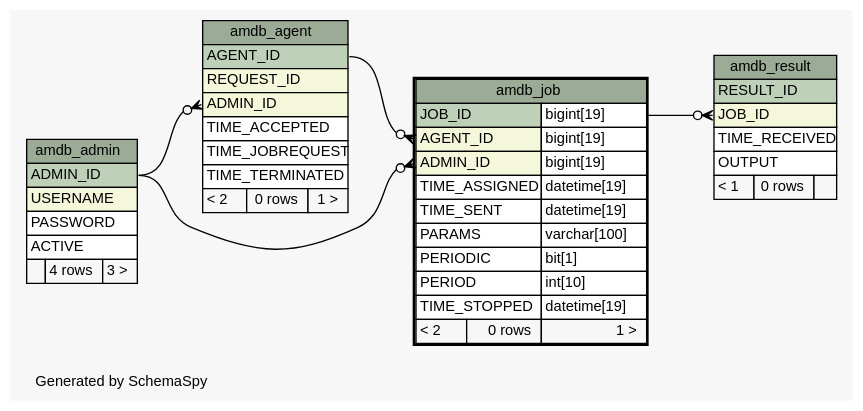
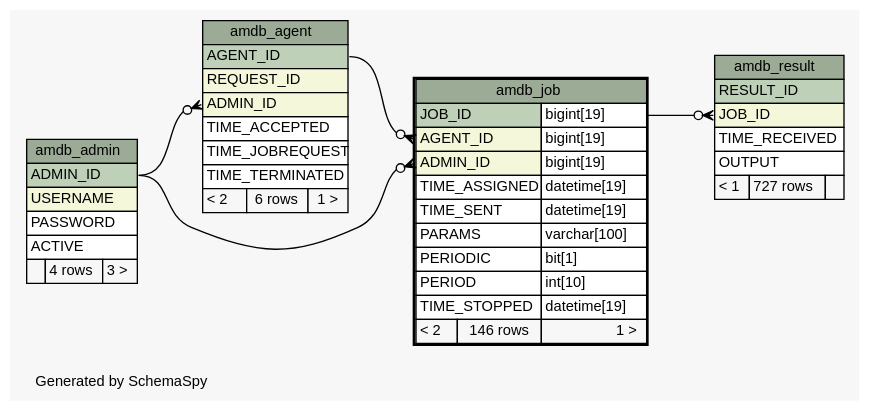
One commit to yannikab/k23b_ac changed the diagram in am/doc/schemaspy/diagrams/amdb_job.1degree.dot. Above: the diagram before and after it, drawn with Graphviz. The commit also changed 46 other files, not shown here.

Commit message:
Database schema changes for Aggregator Manager.

```diff
--- a/am/doc/schemaspy/diagrams/amdb_job.1degree.dot
+++ b/am/doc/schemaspy/diagrams/amdb_job.1degree.dot
@@ -1,85 +1,85 @@
 // dot 2.38.0 on Linux 4.0.5-gentoo
 // SchemaSpy rev 590
 digraph "oneDegreeRelationshipsDiagram" {
   graph [
     rankdir="RL"
     bgcolor="#f7f7f7"
     label="\nGenerated by SchemaSpy"
     labeljust="l"
     nodesep="0.18"
     ranksep="0.46"
     fontname="Helvetica"
     fontsize="11"
   ];
   node [
     fontname="Helvetica"
     fontsize="11"
     shape="plaintext"
   ];
   edge [
     arrowsize="0.8"
   ];
   "amdb_agent":"ADMIN_ID":w -> "amdb_admin":"ADMIN_ID":e [arrowhead=none dir=back arrowtail=crowodot];
   "amdb_job":"ADMIN_ID":w -> "amdb_admin":"ADMIN_ID":e [arrowhead=none dir=back arrowtail=crowodot];
   "amdb_job":"AGENT_ID":w -> "amdb_agent":"AGENT_ID":e [arrowhead=none dir=back arrowtail=crowodot];
   "amdb_result":"JOB_ID":w -> "amdb_job":"JOB_ID.type":e [arrowhead=none dir=back arrowtail=crowodot];
   "amdb_admin" [
     label=<
     <TABLE BORDER="0" CELLBORDER="1" CELLSPACING="0" BGCOLOR="#ffffff">
       <TR><TD COLSPAN="3" BGCOLOR="#9bab96" ALIGN="CENTER">amdb_admin</TD></TR>
       <TR><TD PORT="ADMIN_ID" COLSPAN="3" BGCOLOR="#bed1b8" ALIGN="LEFT">ADMIN_ID</TD></TR>
       <TR><TD PORT="USERNAME" COLSPAN="3" BGCOLOR="#f4f7da" ALIGN="LEFT">USERNAME</TD></TR>
       <TR><TD PORT="PASSWORD" COLSPAN="3" ALIGN="LEFT">PASSWORD</TD></TR>
       <TR><TD PORT="ACTIVE" COLSPAN="3" ALIGN="LEFT">ACTIVE</TD></TR>
       <TR><TD ALIGN="LEFT" BGCOLOR="#f7f7f7">  </TD><TD ALIGN="RIGHT" BGCOLOR="#f7f7f7">4 rows</TD><TD ALIGN="RIGHT" BGCOLOR="#f7f7f7">3 &gt;</TD></TR>
     </TABLE>>
     URL="amdb_admin.html"
     tooltip="amdb_admin"
   ];
   "amdb_agent" [
     label=<
     <TABLE BORDER="0" CELLBORDER="1" CELLSPACING="0" BGCOLOR="#ffffff">
       <TR><TD COLSPAN="3" BGCOLOR="#9bab96" ALIGN="CENTER">amdb_agent</TD></TR>
       <TR><TD PORT="AGENT_ID" COLSPAN="3" BGCOLOR="#bed1b8" ALIGN="LEFT">AGENT_ID</TD></TR>
       <TR><TD PORT="REQUEST_ID" COLSPAN="3" BGCOLOR="#f4f7da" ALIGN="LEFT">REQUEST_ID</TD></TR>
       <TR><TD PORT="ADMIN_ID" COLSPAN="3" BGCOLOR="#f4f7da" ALIGN="LEFT">ADMIN_ID</TD></TR>
       <TR><TD PORT="TIME_ACCEPTED" COLSPAN="3" ALIGN="LEFT">TIME_ACCEPTED</TD></TR>
       <TR><TD PORT="TIME_JOBREQUEST" COLSPAN="3" ALIGN="LEFT">TIME_JOBREQUEST</TD></TR>
       <TR><TD PORT="TIME_TERMINATED" COLSPAN="3" ALIGN="LEFT">TIME_TERMINATED</TD></TR>
-      <TR><TD ALIGN="LEFT" BGCOLOR="#f7f7f7">&lt; 2</TD><TD ALIGN="RIGHT" BGCOLOR="#f7f7f7">0 rows</TD><TD ALIGN="RIGHT" BGCOLOR="#f7f7f7">1 &gt;</TD></TR>
+      <TR><TD ALIGN="LEFT" BGCOLOR="#f7f7f7">&lt; 2</TD><TD ALIGN="RIGHT" BGCOLOR="#f7f7f7">6 rows</TD><TD ALIGN="RIGHT" BGCOLOR="#f7f7f7">1 &gt;</TD></TR>
     </TABLE>>
     URL="amdb_agent.html"
     tooltip="amdb_agent"
   ];
   "amdb_job" [
     label=<
     <TABLE BORDER="2" CELLBORDER="1" CELLSPACING="0" BGCOLOR="#ffffff">
       <TR><TD COLSPAN="3" BGCOLOR="#9bab96" ALIGN="CENTER">amdb_job</TD></TR>
       <TR><TD PORT="JOB_ID" COLSPAN="2" BGCOLOR="#bed1b8" ALIGN="LEFT">JOB_ID</TD><TD PORT="JOB_ID.type" ALIGN="LEFT">bigint[19]</TD></TR>
       <TR><TD PORT="AGENT_ID" COLSPAN="2" BGCOLOR="#f4f7da" ALIGN="LEFT">AGENT_ID</TD><TD PORT="AGENT_ID.type" ALIGN="LEFT">bigint[19]</TD></TR>
       <TR><TD PORT="ADMIN_ID" COLSPAN="2" BGCOLOR="#f4f7da" ALIGN="LEFT">ADMIN_ID</TD><TD PORT="ADMIN_ID.type" ALIGN="LEFT">bigint[19]</TD></TR>
       <TR><TD PORT="TIME_ASSIGNED" COLSPAN="2" ALIGN="LEFT">TIME_ASSIGNED</TD><TD PORT="TIME_ASSIGNED.type" ALIGN="LEFT">datetime[19]</TD></TR>
       <TR><TD PORT="TIME_SENT" COLSPAN="2" ALIGN="LEFT">TIME_SENT</TD><TD PORT="TIME_SENT.type" ALIGN="LEFT">datetime[19]</TD></TR>
       <TR><TD PORT="PARAMS" COLSPAN="2" ALIGN="LEFT">PARAMS</TD><TD PORT="PARAMS.type" ALIGN="LEFT">varchar[100]</TD></TR>
       <TR><TD PORT="PERIODIC" COLSPAN="2" ALIGN="LEFT">PERIODIC</TD><TD PORT="PERIODIC.type" ALIGN="LEFT">bit[1]</TD></TR>
       <TR><TD PORT="PERIOD" COLSPAN="2" ALIGN="LEFT">PERIOD</TD><TD PORT="PERIOD.type" ALIGN="LEFT">int[10]</TD></TR>
       <TR><TD PORT="TIME_STOPPED" COLSPAN="2" ALIGN="LEFT">TIME_STOPPED</TD><TD PORT="TIME_STOPPED.type" ALIGN="LEFT">datetime[19]</TD></TR>
-      <TR><TD ALIGN="LEFT" BGCOLOR="#f7f7f7">&lt; 2</TD><TD ALIGN="RIGHT" BGCOLOR="#f7f7f7">0 rows</TD><TD ALIGN="RIGHT" BGCOLOR="#f7f7f7">1 &gt;</TD></TR>
+      <TR><TD ALIGN="LEFT" BGCOLOR="#f7f7f7">&lt; 2</TD><TD ALIGN="RIGHT" BGCOLOR="#f7f7f7">146 rows</TD><TD ALIGN="RIGHT" BGCOLOR="#f7f7f7">1 &gt;</TD></TR>
     </TABLE>>
     URL="amdb_job.html"
     tooltip="amdb_job"
   ];
   "amdb_result" [
     label=<
     <TABLE BORDER="0" CELLBORDER="1" CELLSPACING="0" BGCOLOR="#ffffff">
       <TR><TD COLSPAN="3" BGCOLOR="#9bab96" ALIGN="CENTER">amdb_result</TD></TR>
       <TR><TD PORT="RESULT_ID" COLSPAN="3" BGCOLOR="#bed1b8" ALIGN="LEFT">RESULT_ID</TD></TR>
       <TR><TD PORT="JOB_ID" COLSPAN="3" BGCOLOR="#f4f7da" ALIGN="LEFT">JOB_ID</TD></TR>
       <TR><TD PORT="TIME_RECEIVED" COLSPAN="3" ALIGN="LEFT">TIME_RECEIVED</TD></TR>
       <TR><TD PORT="OUTPUT" COLSPAN="3" ALIGN="LEFT">OUTPUT</TD></TR>
-      <TR><TD ALIGN="LEFT" BGCOLOR="#f7f7f7">&lt; 1</TD><TD ALIGN="RIGHT" BGCOLOR="#f7f7f7">0 rows</TD><TD ALIGN="RIGHT" BGCOLOR="#f7f7f7">  </TD></TR>
+      <TR><TD ALIGN="LEFT" BGCOLOR="#f7f7f7">&lt; 1</TD><TD ALIGN="RIGHT" BGCOLOR="#f7f7f7">727 rows</TD><TD ALIGN="RIGHT" BGCOLOR="#f7f7f7">  </TD></TR>
     </TABLE>>
     URL="amdb_result.html"
     tooltip="amdb_result"
   ];
 }
```
